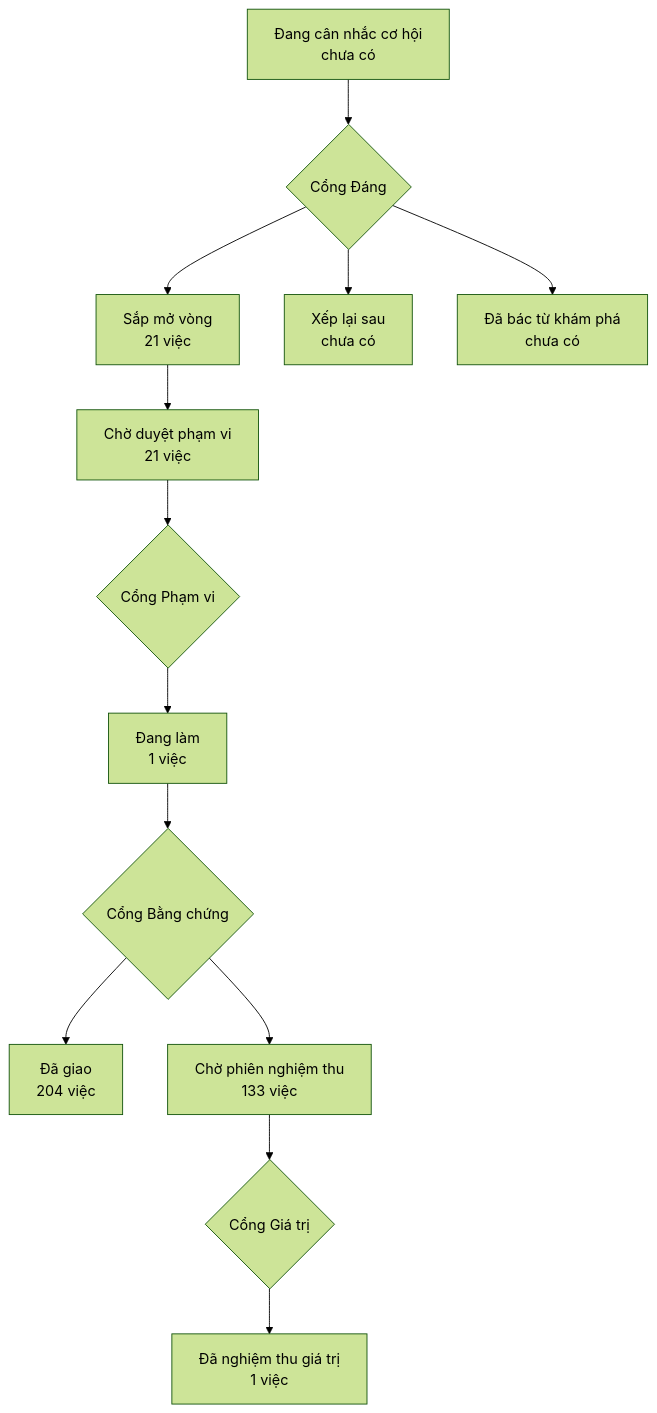
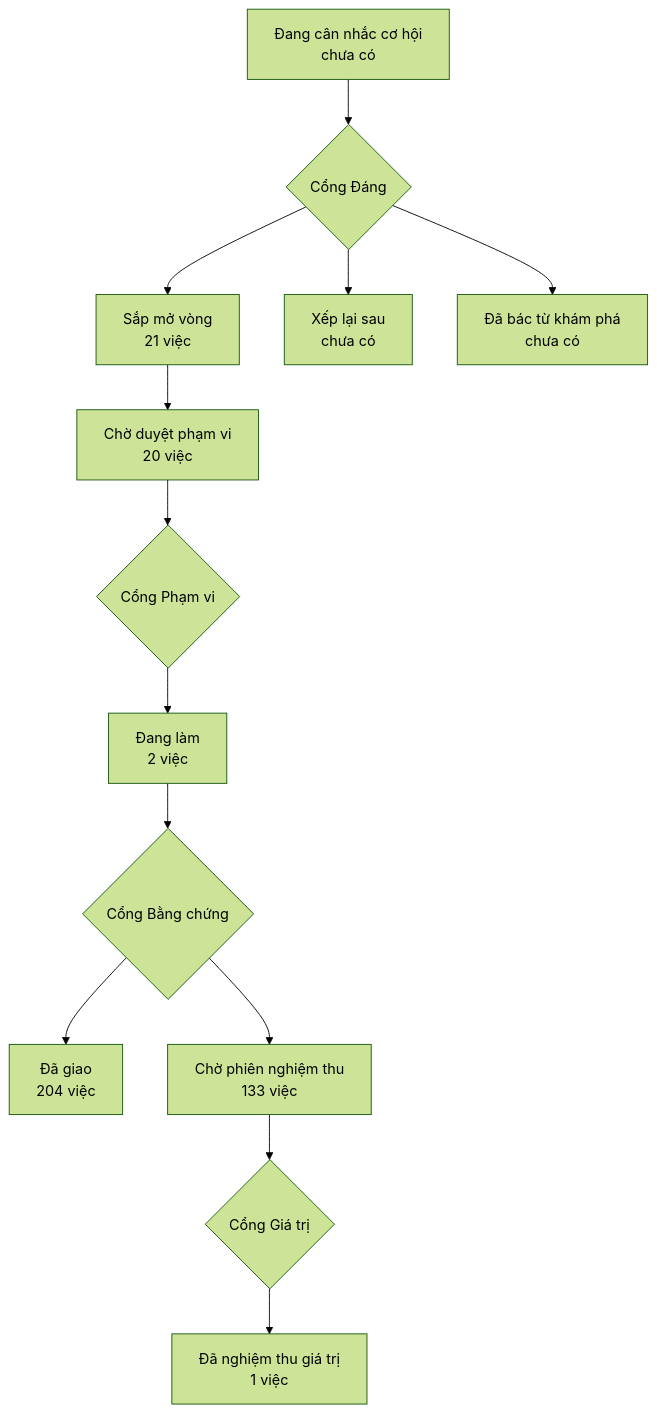
Before and after one commit to phanlemanh/onehub-invest: the diagram in PRODUCT-MAP.md, drawn with Mermaid (forest theme). The commit also changed 3 other files, not shown here.

Commit message:
docs(acceptance): DA43 Mạnh duyệt Cổng Phạm vi theo ba khuyến nghị

````diff
--- a/PRODUCT-MAP.md
+++ b/PRODUCT-MAP.md
@@ -7,12 +7,12 @@
 ```mermaid
 flowchart TD
   A["Đang cân nhắc cơ hội<br/>chưa có"] --> GD{"Cổng Đáng"}
   GD --> B["Sắp mở vòng<br/>21 việc"]
   GD --> XL["Xếp lại sau<br/>chưa có"]
   GD --> DB["Đã bác từ khám phá<br/>chưa có"]
-  B --> CD["Chờ duyệt phạm vi<br/>21 việc"] --> GP{"Cổng Phạm vi"}
-  GP --> DL["Đang làm<br/>1 việc"] --> GB{"Cổng Bằng chứng"}
+  B --> CD["Chờ duyệt phạm vi<br/>20 việc"] --> GP{"Cổng Phạm vi"}
+  GP --> DL["Đang làm<br/>2 việc"] --> GB{"Cổng Bằng chứng"}
   GB --> DG["Đã giao<br/>204 việc"]
   GB --> CN["Chờ phiên nghiệm thu<br/>133 việc"] --> GG{"Cổng Giá trị"}
   GG --> NT["Đã nghiệm thu giá trị<br/>1 việc"]
 ```
````
